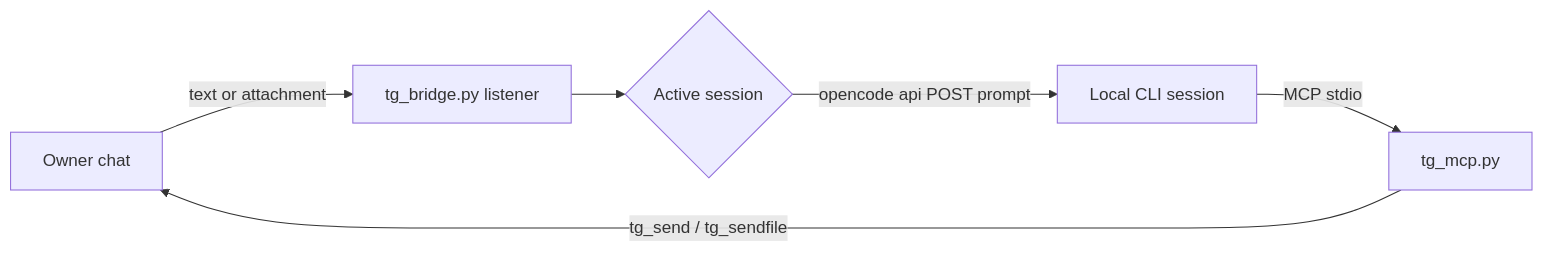
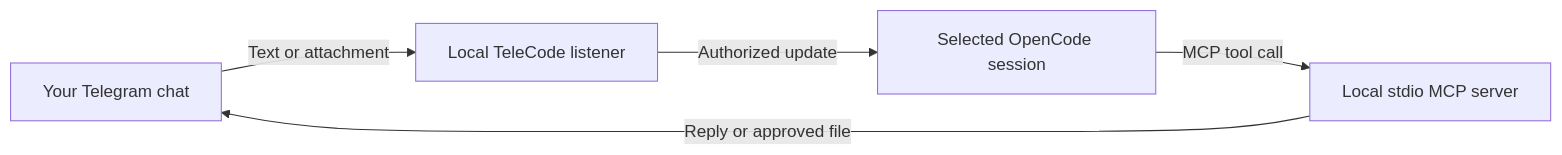
The diagram in README.md (Aetherdz/telecode), drawn with Mermaid before and after one commit. The commit also changed other lines of this file, not shown here.

````diff
--- a/README.md
+++ b/README.md
@@ -58,8 +69,7 @@
 ```mermaid
 flowchart LR
-    A[Owner chat] -->|text or attachment| B[tg_bridge.py listener]
-    B --> C{Active session}
-    C -->|opencode api POST prompt| D[Local CLI session]
-    D -->|MCP stdio| E[tg_mcp.py]
-    E -->|tg_send / tg_sendfile| A
+    TG[Your Telegram chat] -->|Text or attachment| L[Local TeleCode listener]
+    L -->|Authorized update| S[Selected OpenCode session]
+    S -->|MCP tool call| M[Local stdio MCP server]
+    M -->|Reply or approved file| TG
 ```
````
